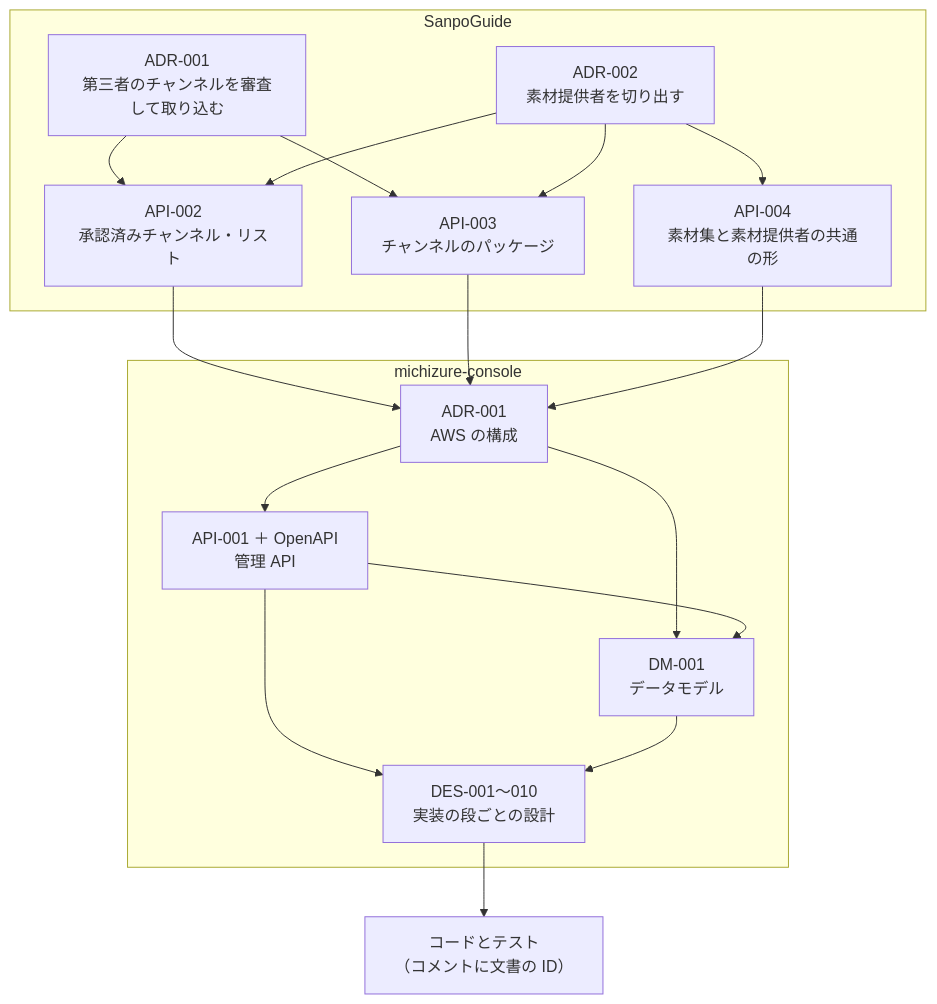
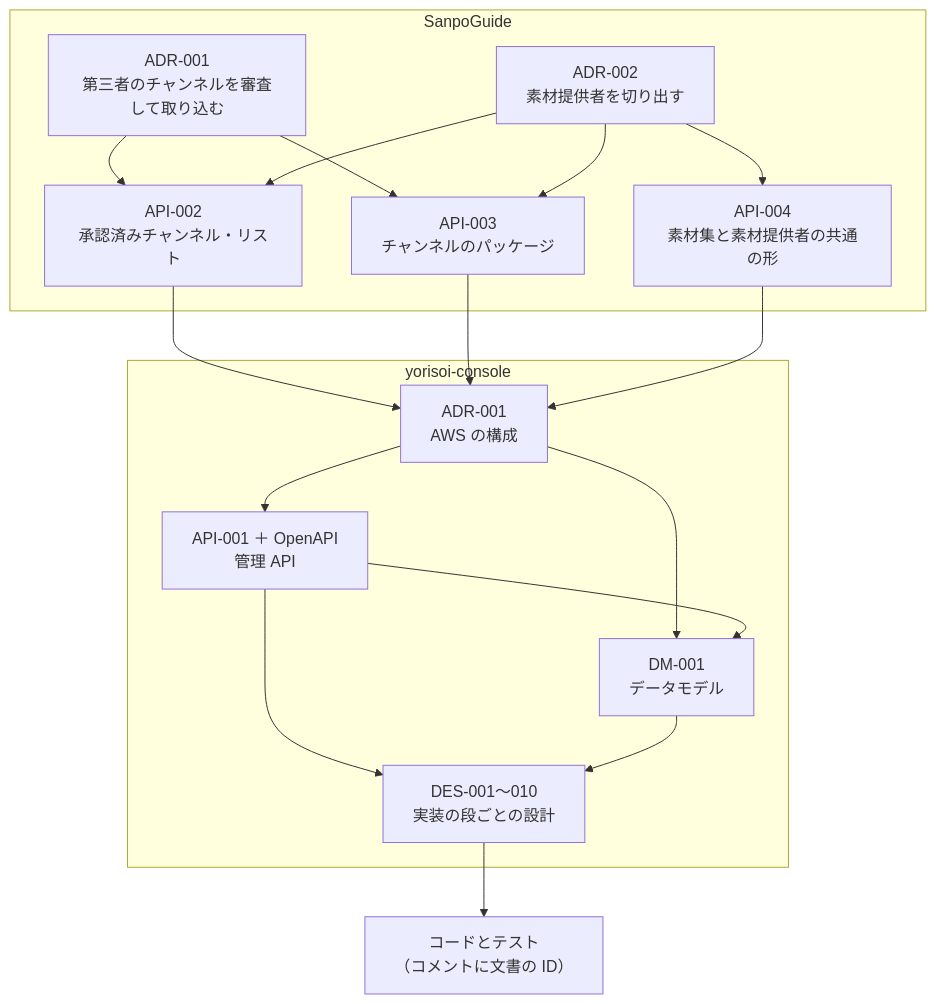
The first of 2 diagrams in 09-console/05-docs.md (duwenji/yorisoi-tutorial), drawn with Mermaid before and after one commit. The commit also changed other lines of this file and 85 other files, not shown here.

````diff
--- a/09-console/05-docs.md
+++ b/09-console/05-docs.md
@@ -44,21 +44,21 @@
 ```mermaid
 flowchart TB
     subgraph SG["SanpoGuide"]
         SADR["ADR-001<br/>第三者のチャンネルを審査して取り込む"] --> API2["API-002<br/>承認済みチャンネル・リスト"]
         SADR --> API3["API-003<br/>チャンネルのパッケージ"]
         SADR2["ADR-002<br/>素材提供者を切り出す"] --> API4["API-004<br/>素材集と素材提供者の共通の形"]
         SADR2 --> API2
         SADR2 --> API3
     end
-    subgraph CC["michizure-console"]
+    subgraph CC["yorisoi-console"]
         ADR["ADR-001<br/>AWS の構成"] --> API1["API-001 ＋ OpenAPI<br/>管理 API"]
         ADR --> DM["DM-001<br/>データモデル"]
         API1 --> DM
         API1 --> DES["DES-001〜010<br/>実装の段ごとの設計"]
         DM --> DES
     end
     API2 --> ADR
     API3 --> ADR
     API4 --> ADR
     DES --> CODE["コードとテスト<br/>（コメントに文書の ID）"]
 ```
````
